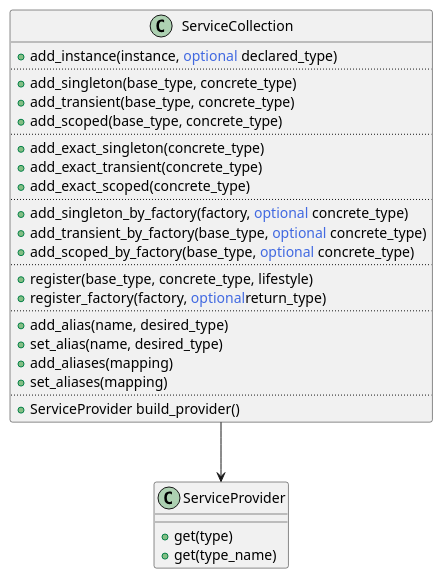
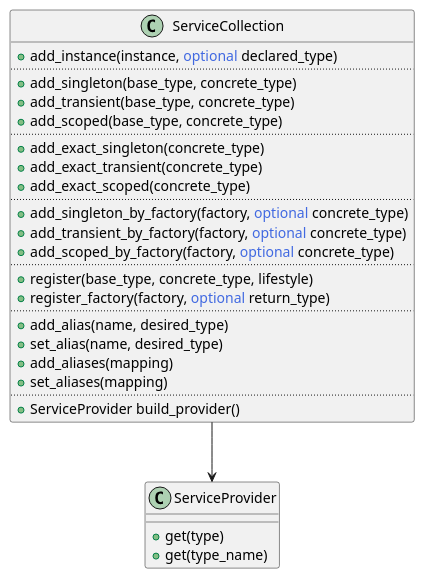
The diagram in documentation/rodi-classes.wsd (Neoteroi/rodi), drawn with PlantUML before and after one commit. The commit also changed 4 other files, not shown here.

Commit message:
improves factories for logger case, corrects error in classes diagram

```diff
--- a/documentation/rodi-classes.wsd
+++ b/documentation/rodi-classes.wsd
@@ -1,36 +1,36 @@
 @startuml classes
 
 class ServiceCollection {
 	+add_instance(instance, <color:royalBlue>optional</color> declared_type)
 	..
 	+add_singleton(base_type, concrete_type)
 	+add_transient(base_type, concrete_type)
 	+add_scoped(base_type, concrete_type)
 	..
 	+add_exact_singleton(concrete_type)
 	+add_exact_transient(concrete_type)
 	+add_exact_scoped(concrete_type)
 	..
 	+add_singleton_by_factory(factory, <color:royalBlue>optional</color> concrete_type)
-	+add_transient_by_factory(base_type, <color:royalBlue>optional</color> concrete_type)
-	+add_scoped_by_factory(base_type, <color:royalBlue>optional</color> concrete_type)
+	+add_transient_by_factory(factory, <color:royalBlue>optional</color> concrete_type)
+	+add_scoped_by_factory(factory, <color:royalBlue>optional</color> concrete_type)
 	..
 	+register(base_type, concrete_type, lifestyle)
-	+register_factory(factory, <color:royalBlue>optional</color>return_type)
+	+register_factory(factory, <color:royalBlue>optional</color> return_type)
 	..
 	+add_alias(name, desired_type)
 	+set_alias(name, desired_type)
 	+add_aliases(mapping)
 	+set_aliases(mapping)
 	..
 	+ServiceProvider build_provider()
 }
 
 class ServiceProvider {
   +get(type)
 	+get(type_name)
 }
 
 ServiceCollection -down-> ServiceProvider
 
 @enduml
```
